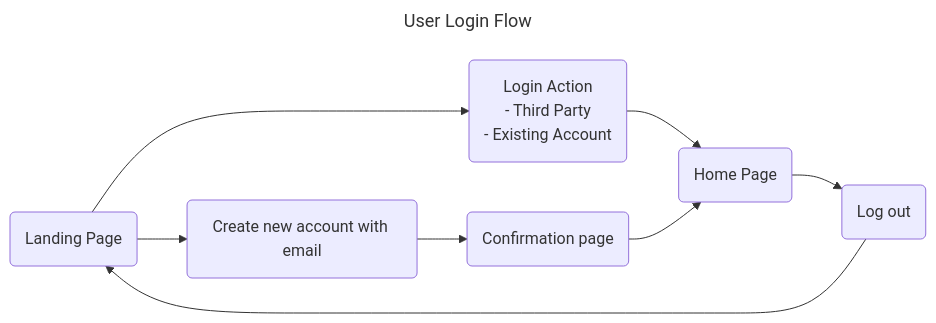
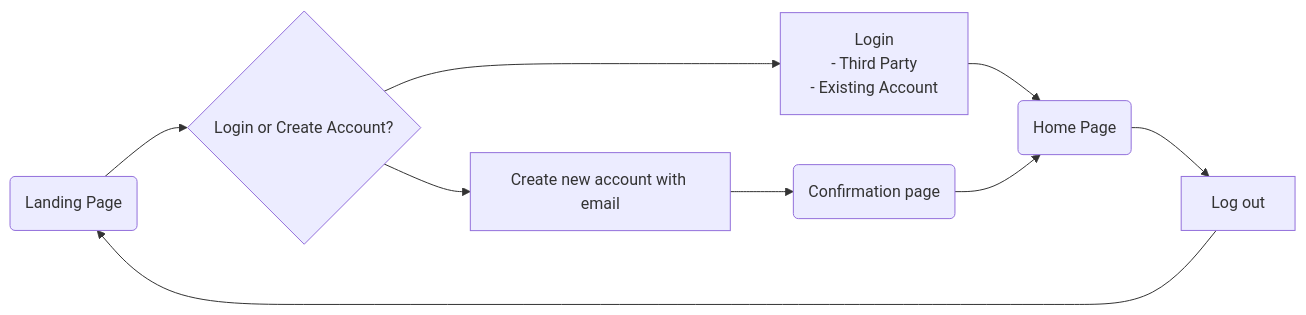
One commit to Brandontzhang/daily-tokens changed the first of 2 diagrams in README.md. Above: the diagram before and after it, drawn with Mermaid. The commit also changed other lines of this file, not shown here.

Commit message:
Separting between states, actions, and decisions for user flow diagrams

````diff
--- a/README.md
+++ b/README.md
@@ -20,21 +24,20 @@
   ```mermaid
-  ---
-  title: User Login Flow
-  --- 
   flowchart LR
       A(Landing Page)
-      B("Login Action
+      A2{Login or Create Account?}
+      B["Login
       - Third Party
-      - Existing Account")
+      - Existing Account"]
       C(Home Page)
-      D(Log out)
-      E(Create new account with email)
+      D[Log out]
+      E[Create new account with email]
       F(Confirmation page)
-      A --> B
+      A --> A2
+      A2 --> B
       B --> C
       C --> D
-      A --> E
+      A2 --> E
       E --> F
       F --> C
       D --> A
    ```
````
